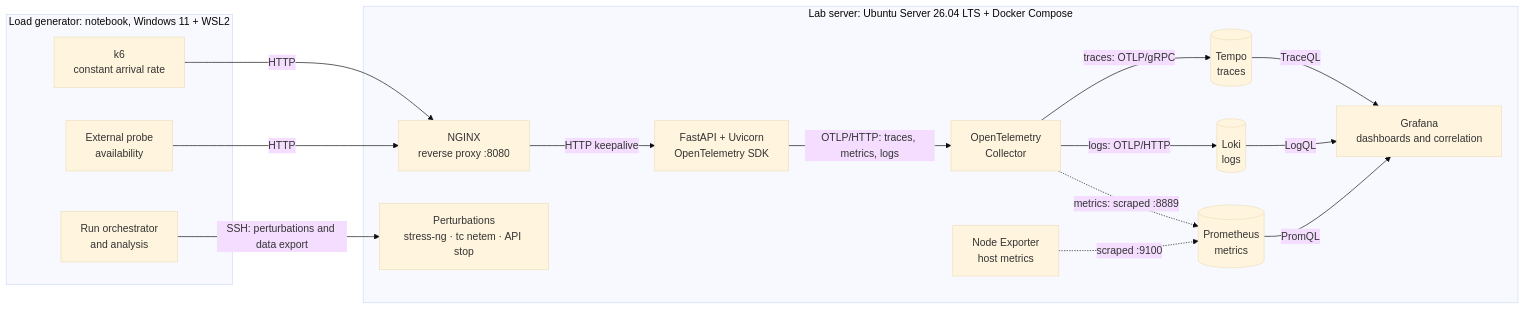
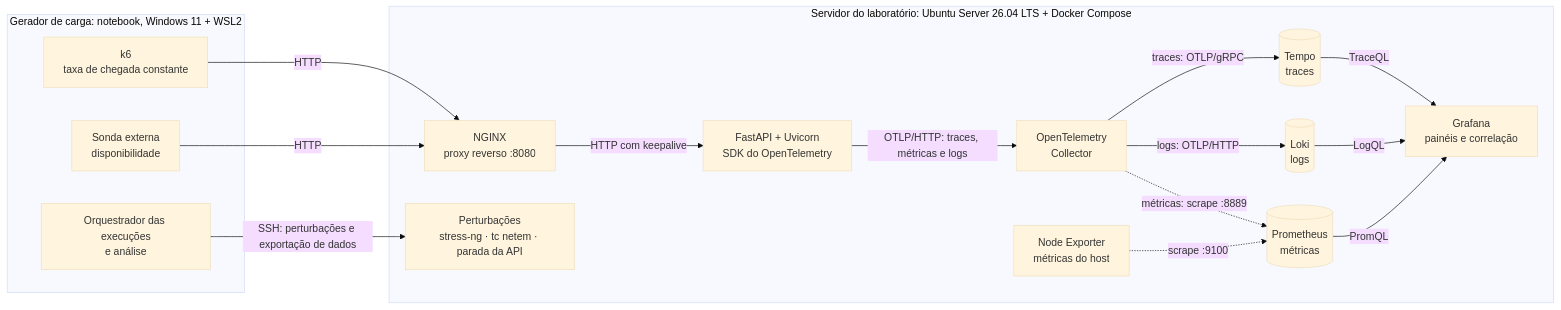
The diagram in README.md (itamarsb/Observability-Engineering-Framework), drawn with Mermaid (base theme) before and after one commit. The commit also changed other lines of this file and 4 other files, not shown here.

````diff
--- a/README.md
+++ b/README.md
@@ -85,33 +85,33 @@
 ```mermaid
 flowchart LR
-    subgraph NB["Load generator: notebook, Windows 11 + WSL2"]
-        K6["k6<br/>constant arrival rate"]
-        PROBE["External probe<br/>availability"]
-        ORCH["Run orchestrator<br/>and analysis"]
+    subgraph NB["Gerador de carga: notebook, Windows 11 + WSL2"]
+        K6["k6<br/>taxa de chegada constante"]
+        PROBE["Sonda externa<br/>disponibilidade"]
+        ORCH["Orquestrador das execuções<br/>e análise"]
     end
 
-    subgraph SRV["Lab server: Ubuntu Server 26.04 LTS + Docker Compose"]
-        NGINX["NGINX<br/>reverse proxy :8080"]
-        API["FastAPI + Uvicorn<br/>OpenTelemetry SDK"]
+    subgraph SRV["Servidor do laboratório: Ubuntu Server 26.04 LTS + Docker Compose"]
+        NGINX["NGINX<br/>proxy reverso :8080"]
+        API["FastAPI + Uvicorn<br/>SDK do OpenTelemetry"]
         COL["OpenTelemetry<br/>Collector"]
         TEMPO[("Tempo<br/>traces")]
         LOKI[("Loki<br/>logs")]
-        PROM[("Prometheus<br/>metrics")]
-        NODE["Node Exporter<br/>host metrics"]
-        GRAF["Grafana<br/>dashboards and correlation"]
-        PERT["Perturbations<br/>stress-ng · tc netem · API stop"]
+        PROM[("Prometheus<br/>métricas")]
+        NODE["Node Exporter<br/>métricas do host"]
+        GRAF["Grafana<br/>painéis e correlação"]
+        PERT["Perturbações<br/>stress-ng · tc netem · parada da API"]
     end
 
     K6 -->|HTTP| NGINX
     PROBE -->|HTTP| NGINX
-    NGINX -->|HTTP keepalive| API
-    API -->|"OTLP/HTTP: traces, metrics, logs"| COL
+    NGINX -->|"HTTP com keepalive"| API
+    API -->|"OTLP/HTTP: traces, métricas e logs"| COL
     COL -->|"traces: OTLP/gRPC"| TEMPO
     COL -->|"logs: OTLP/HTTP"| LOKI
-    COL -.->|"metrics: scraped :8889"| PROM
-    NODE -.->|"scraped :9100"| PROM
+    COL -.->|"métricas: scrape :8889"| PROM
+    NODE -.->|"scrape :9100"| PROM
     TEMPO -->|TraceQL| GRAF
     LOKI -->|LogQL| GRAF
     PROM -->|PromQL| GRAF
-    ORCH -->|"SSH: perturbations and data export"| PERT
+    ORCH -->|"SSH: perturbações e exportação de dados"| PERT
 ```
````
